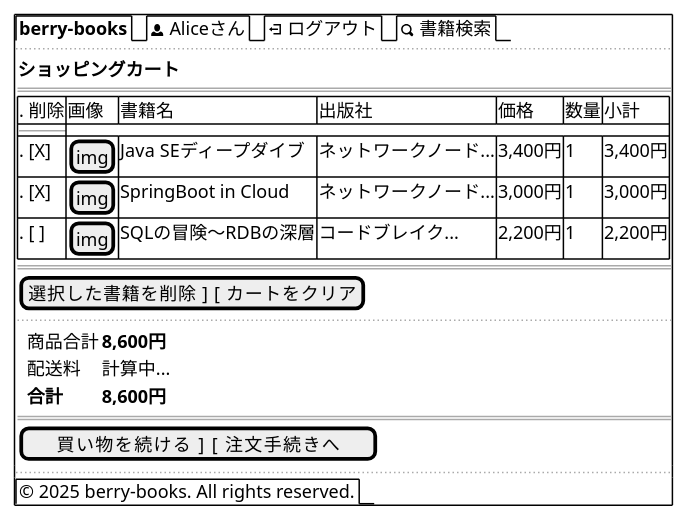
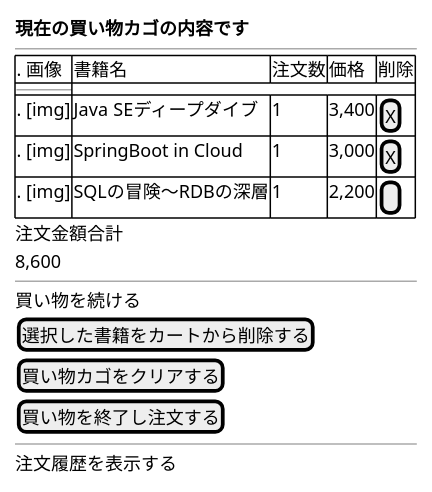
The diagram in projects/java/berry-books-mvc-sdd/specs/baseline/features/F_002_shopping_cart/screen_design.md (KenyaSaitoh/ai_dev_training_202512), drawn with PlantUML before and after one commit. The commit also changed other lines of this file and 99 other files, not shown here.

````diff
--- a/projects/java/berry-books-mvc-sdd/specs/baseline/features/F_002_shopping_cart/screen_design.md
+++ b/projects/java/berry-books-mvc-sdd/specs/baseline/features/F_002_shopping_cart/screen_design.md
@@ -24,31 +24,24 @@
 ```plantuml
 @startsalt
-{+
-  {/ <b>berry-books</b> | <&person> Aliceさん | <&account-logout> ログアウト | <&magnifying-glass> 書籍検索 }
-  ..
-  {
-    <b>ショッピングカート</b>
-    ==
-    {#
-      . 削除 | 画像   | 書籍名                    | 出版社              | 価格      | 数量 | 小計
-      --
-      . [X]  | [img] | Java SEディープダイブ      | ネットワークノード... | 3,400円   | 1   | 3,400円
-      . [X]  | [img] | SpringBoot in Cloud      | ネットワークノード... | 3,000円   | 1   | 3,000円
-      . [ ]  | [img] | SQLの冒険～RDBの深層       | コードブレイク...    | 2,200円   | 1   | 2,200円
-    }
-    ==
-    [  選択した書籍を削除  ]  [  カートをクリア  ]
-    ..
-    {
-      . | 商品合計 | <b>8,600円</b>
-      . | 配送料   | 計算中...
-      . | <b>合計</b> | <b>8,600円</b>
-    }
-    ==
-    [  買い物を続ける  ]  [    注文手続きへ    ]
+{
+  <b>現在の買い物カゴの内容です</b>
+  --
+  {#
+    . 画像   | 書籍名                    | 注文数 | 価格   | 削除
+    --
+    . [img] | Java SEディープダイブ      | 1     | 3,400 | [X]
+    . [img] | SpringBoot in Cloud      | 1     | 3,000 | [X]
+    . [img] | SQLの冒険～RDBの深層       | 1     | 2,200 | [ ]
   }
-  ..
-  {/ © 2025 berry-books. All rights reserved. }
+  注文金額合計
+  8,600
+  --
+  買い物を続ける
+  [  選択した書籍をカートから削除する  ]
+  [  買い物カゴをクリアする  ]
+  [  買い物を終了し注文する  ]
+  --
+  注文履歴を表示する
 }
 @endsalt
 ```
````
